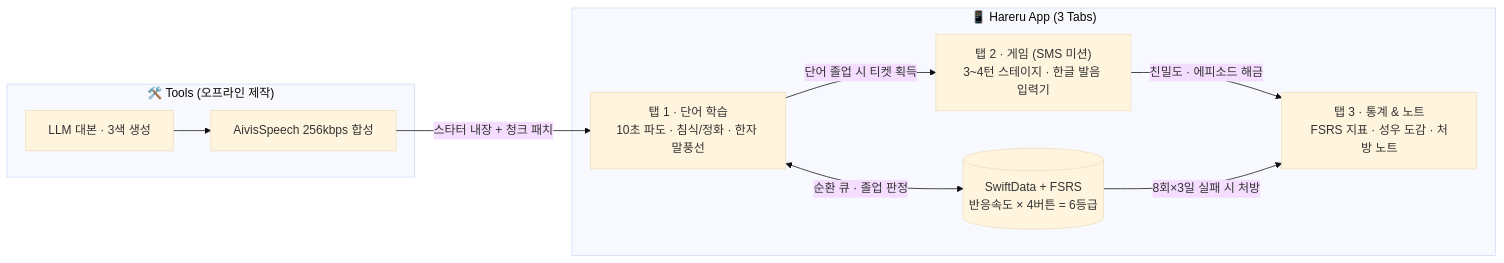
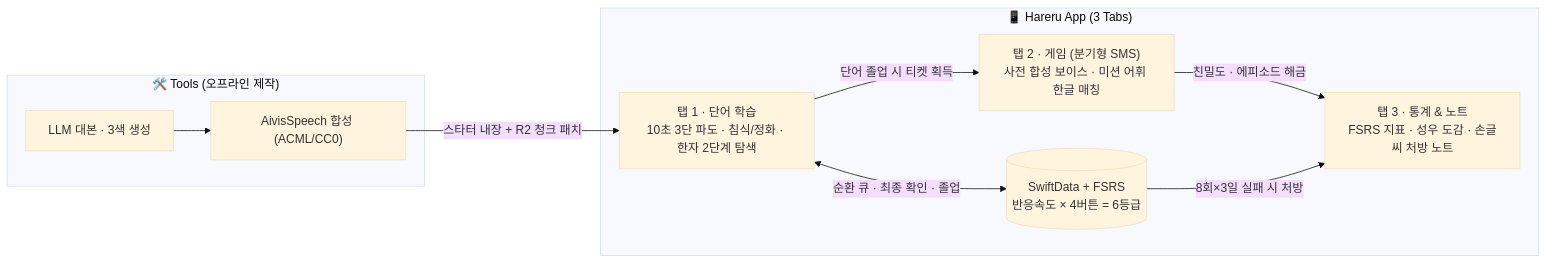
Before and after one commit to choigangho/Hareru: the diagram in README.md, drawn with Mermaid (base theme). The commit also changed other lines of this file and 18 other files, not shown here.

````diff
--- a/README.md
+++ b/README.md
@@ -20,19 +33,19 @@
 ```mermaid
 flowchart LR
     subgraph Tools["🛠️ Tools (오프라인 제작)"]
-        GEN["LLM 대본 · 3색 생성"] --> TTS["AivisSpeech 256kbps 합성"]
+        GEN["LLM 대본 · 3색 생성"] --> TTS["AivisSpeech 합성 (ACML/CC0)"]
     end
 
     subgraph App["📱 Hareru App (3 Tabs)"]
-        STUDY["탭 1 · 단어 학습<br/>10초 파도 · 침식/정화 · 한자 말풍선"]
-        GAME["탭 2 · 게임 (SMS 미션)<br/>3~4턴 스테이지 · 한글 발음 입력기"]
-        STATS["탭 3 · 통계 & 노트<br/>FSRS 지표 · 성우 도감 · 처방 노트"]
+        STUDY["탭 1 · 단어 학습<br/>10초 3단 파도 · 침식/정화 · 한자 2단계 탐색"]
+        GAME["탭 2 · 게임 (분기형 SMS)<br/>사전 합성 보이스 · 미션 어휘 한글 매칭"]
+        STATS["탭 3 · 통계 & 노트<br/>FSRS 지표 · 성우 도감 · 손글씨 처방 노트"]
         ENGINE[("SwiftData + FSRS<br/>반응속도 × 4버튼 = 6등급")]
     end
 
-    TTS -->|스타터 내장 + 청크 패치| STUDY
-    STUDY <-->|순환 큐 · 졸업 판정| ENGINE
+    TTS -->|스타터 내장 + R2 청크 패치| STUDY
+    STUDY <-->|순환 큐 · 최종 확인 · 졸업| ENGINE
     STUDY -->|단어 졸업 시 티켓 획득| GAME
     GAME -->|친밀도 · 에피소드 해금| STATS
     ENGINE -->|8회×3일 실패 시 처방| STATS
 ```
````
